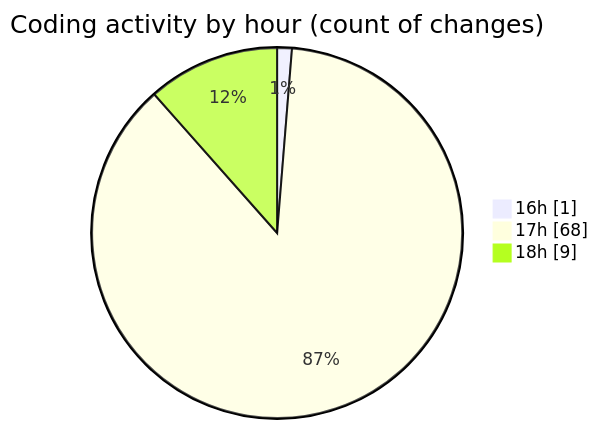
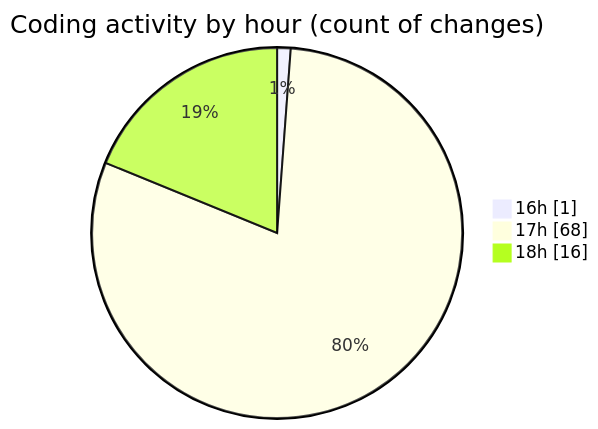
One commit to idhammustaqopulfikri/code-tracking changed the second of 2 diagrams in 2025-05-27/studio-backend/README.md. Above: the diagram before and after it, drawn with Mermaid. The commit also changed other lines of this file and 1 other file, not shown here.

````diff
--- a/2025-05-27/studio-backend/README.md
+++ b/2025-05-27/studio-backend/README.md
@@ -62,7 +63,7 @@
 ```mermaid
 pie showData
 title Coding activity by hour (count of changes)
 "16h" : 1
 "17h" : 68
-"18h" : 9
+"18h" : 16
 ```
````
